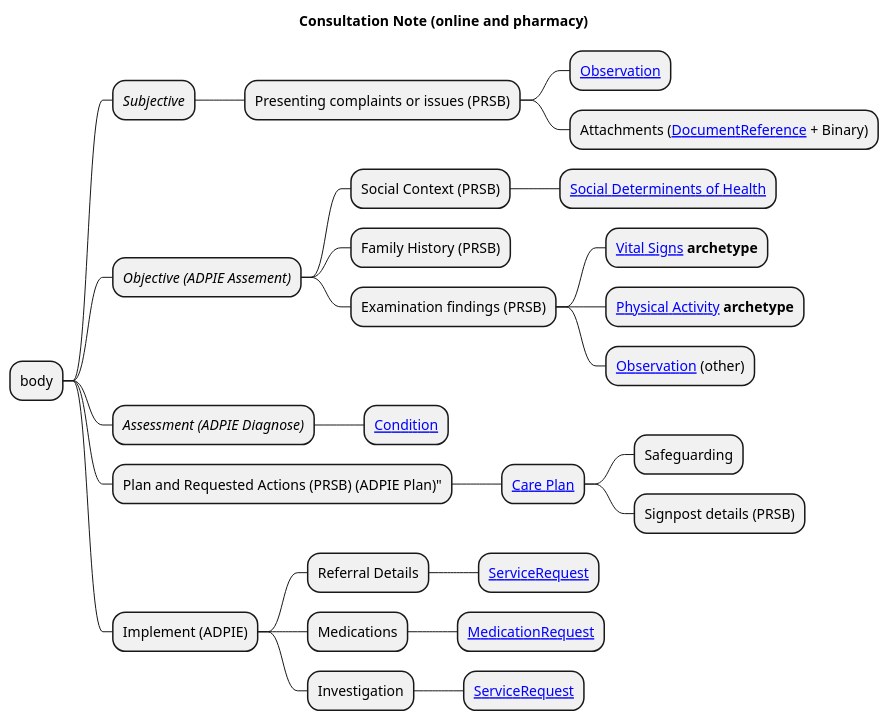
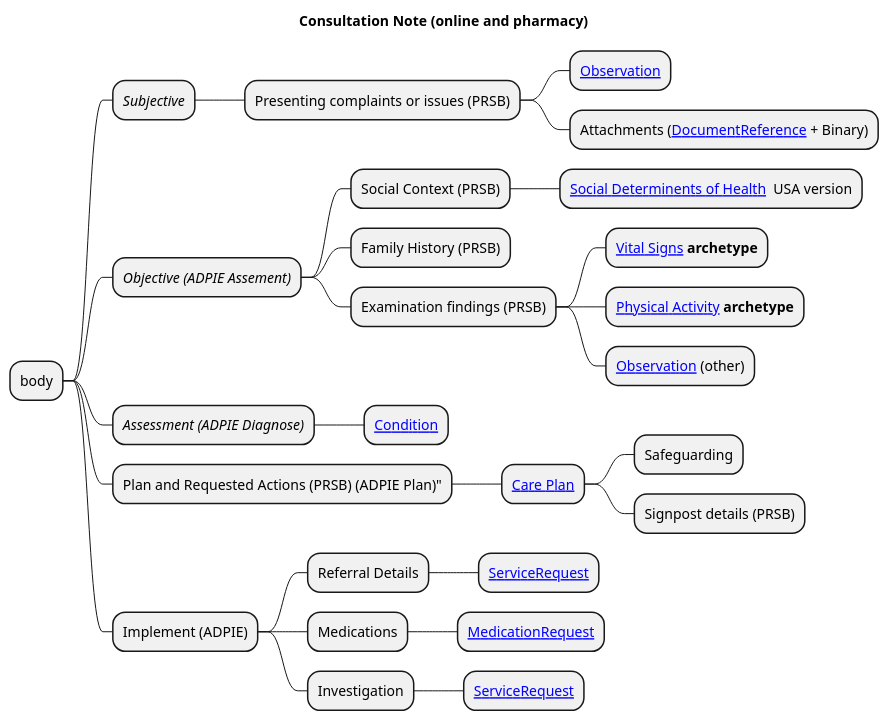
One commit to Virtually-Healthcare/virtually-healthcare.github.com changed the diagram in input/images-source/consultation-note-mindmap.plantuml. Above: the diagram before and after it, drawn with PlantUML. The commit also changed 2 other files, not shown here.

```diff
--- a/input/images-source/consultation-note-mindmap.plantuml
+++ b/input/images-source/consultation-note-mindmap.plantuml
@@ -1,32 +1,32 @@
 @startmindmap
 
 title "Consultation Note (online and pharmacy)"
 
 * body
 ** <i>Subjective</i>
 *** Presenting complaints or issues (PRSB)
 **** [[StructureDefinition-Observation.html Observation]]
 **** Attachments ([[StructureDefinition-DocumentReference.html DocumentReference]] + Binary)
 ** <i>Objective (ADPIE Assement)</i>
 *** Social Context (PRSB)
-**** [[https://build.fhir.org/ig/HL7/fhir-sdoh-clinicalcare/ Social Determinents of Health]]
+**** [[https://build.fhir.org/ig/HL7/fhir-sdoh-clinicalcare/ Social Determinents of Health]]  USA version
 *** Family History (PRSB)
 *** Examination findings (PRSB)
 **** [[assessments-and-observations.html#vital-signs Vital Signs]] <b>archetype</b>
 **** [[assessments-and-observations.html#daily-physical-activity Physical Activity]] <b>archetype</b>
 **** [[StructureDefinition-Observation.html Observation]] (other)
 ** <i>Assessment (ADPIE Diagnose)</i>
 *** [[StructureDefinition-Condition.html Condition]]
 ** Plan and Requested Actions (PRSB) (ADPIE Plan)"
 *** [[StructureDefinition-CarePlan.html Care Plan]]
 **** Safeguarding
 **** Signpost details (PRSB)
 ** Implement (ADPIE)
 *** Referral Details
 **** [[StructureDefinition-ServiceRequest.html ServiceRequest]]
 *** Medications
 **** [[StructureDefinition-MedicationRequest.html MedicationRequest]]
 *** Investigation
 **** [[StructureDefinition-ServiceRequest.html ServiceRequest]]
 
 @endmindmap
```
